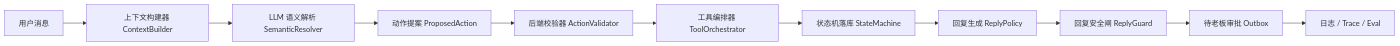
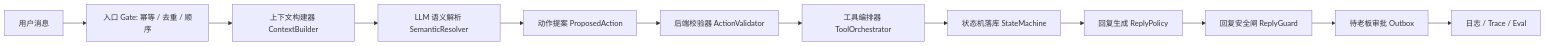
One commit to Schatt3n/mahjong-ops-agent changed the first of 2 diagrams in docs/architecture_refactor_plan.md. Above: the diagram before and after it, drawn with Mermaid. The commit also changed other lines of this file and 5 other files, not shown here.

````diff
--- a/docs/architecture_refactor_plan.md
+++ b/docs/architecture_refactor_plan.md
@@ -18,13 +18,14 @@
 ```mermaid
 flowchart LR
-  A["用户消息"] --> B["上下文构建器 ContextBuilder"]
+  A["用户消息"] --> A1["入口 Gate: 幂等 / 去重 / 顺序"]
+  A1 --> B["上下文构建器 ContextBuilder"]
   B --> C["LLM 语义解析 SemanticResolver"]
   C --> D["动作提案 ProposedAction"]
   D --> E["后端校验器 ActionValidator"]
   E --> F["工具编排器 ToolOrchestrator"]
   F --> G["状态机落库 StateMachine"]
   G --> H["回复生成 ReplyPolicy"]
   H --> I["回复安全闸 ReplyGuard"]
   I --> J["待老板审批 Outbox"]
   J --> K["日志 / Trace / Eval"]
 ```
````
